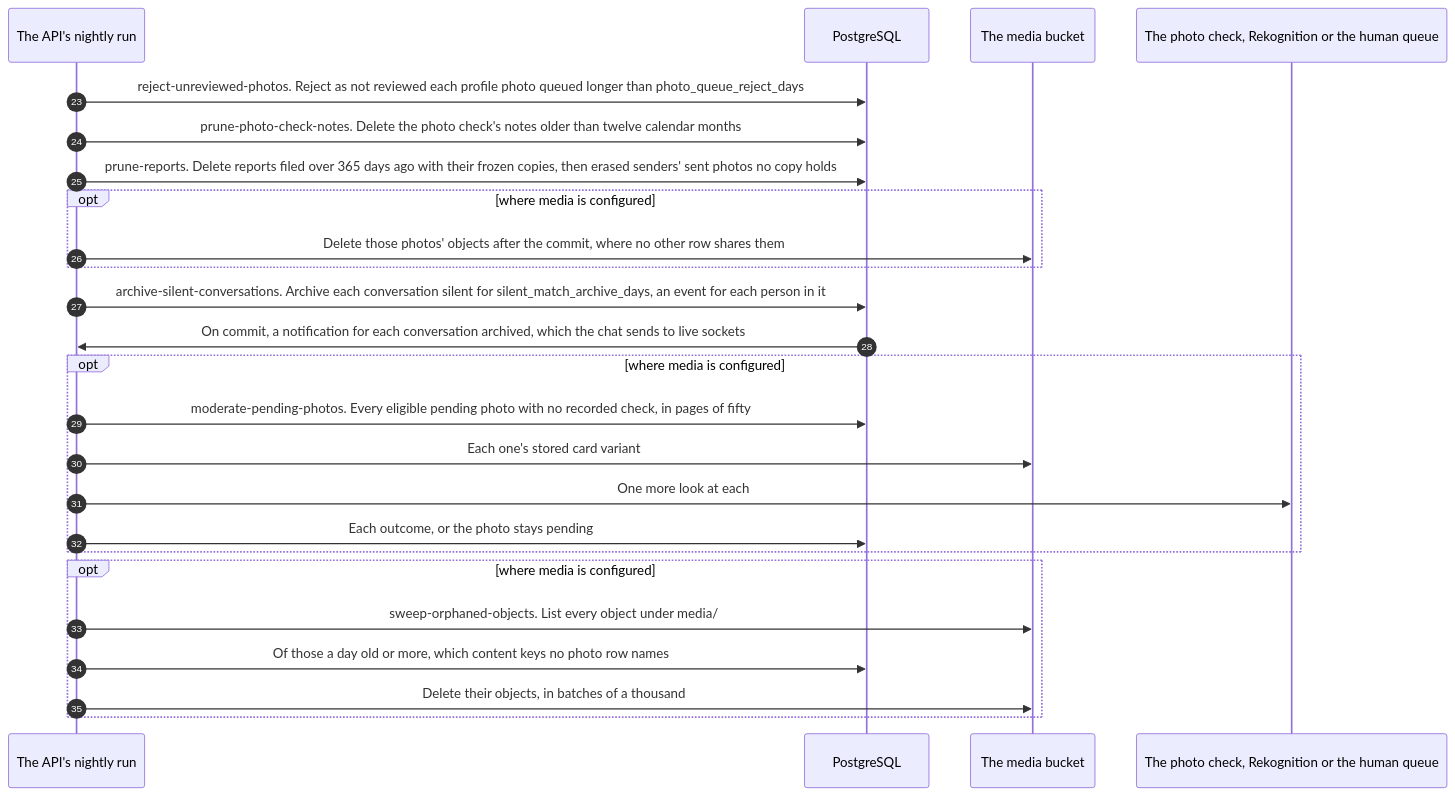
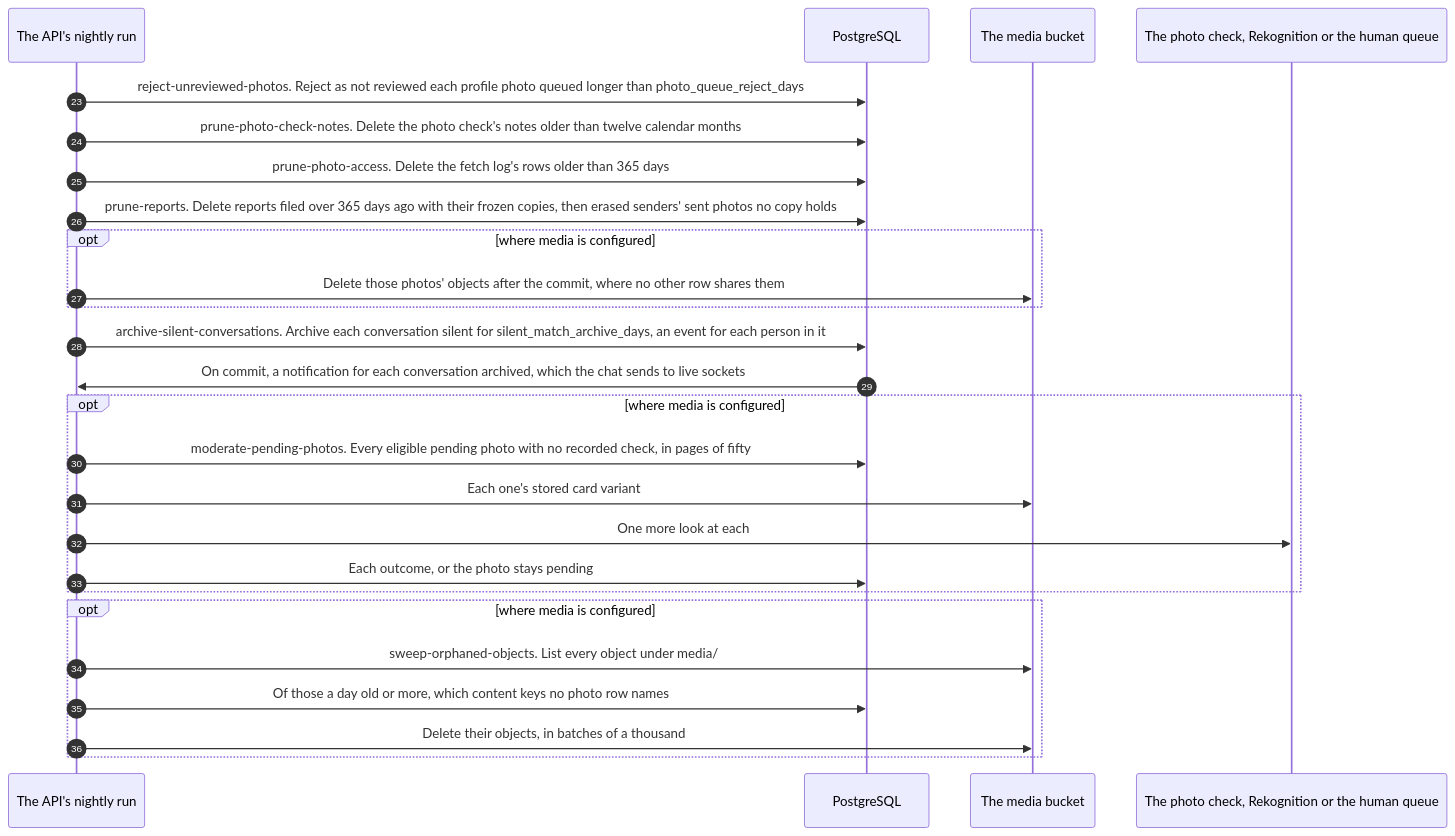
Before and after one commit to kuutti-ry/kumpa-app: the fourth of 4 diagrams in docs/architecture/sequence-night.md, drawn with Mermaid. The commit also changed other lines of this file and 21 other files, not shown here.

First line of the commit message:
Keep the photo-link log a year, then prune it (#694)

````diff
--- a/docs/architecture/sequence-night.md
+++ b/docs/architecture/sequence-night.md
@@ -134,29 +135,30 @@
 ```mermaid
 sequenceDiagram
   accTitle: The night's jobs, part 4: photos, reports and silent conversations
-  accDescr: Profile photos nobody decided in time are rejected as not reviewed. Last, the sweep deletes the objects under media/ that are a day old or more and that no photo row names. The photo check's notes and the reports past twelve months are deleted, and with the reports the sent photos of erased people that no copy holds any more, objects included. Silent conversations are archived, and the chat tells the open sockets. Where media is configured, photos the automatic check missed get one more look.
+  accDescr: Profile photos nobody decided in time are rejected as not reviewed. Last, the sweep deletes the objects under media/ that are a day old or more and that no photo row names. The photo check's notes, the fetch log's rows past a year and the reports past twelve months are deleted, and with the reports the sent photos of erased people that no copy holds any more, objects included. Silent conversations are archived, and the chat tells the open sockets. Where media is configured, photos the automatic check missed get one more look.
   autonumber 23
   participant api as The API's nightly run
   participant db as PostgreSQL
   participant bucket as The media bucket
   participant check as The photo check, Rekognition or the human queue
   api->>db: reject-unreviewed-photos. Reject as not reviewed each profile photo queued longer than photo_queue_reject_days
   api->>db: prune-photo-check-notes. Delete the photo check's notes older than twelve calendar months
+  api->>db: prune-photo-access. Delete the fetch log's rows older than 365 days
   api->>db: prune-reports. Delete reports filed over 365 days ago with their frozen copies, then erased senders' sent photos no copy holds
   opt where media is configured
     api->>bucket: Delete those photos' objects after the commit, where no other row shares them
   end
   api->>db: archive-silent-conversations. Archive each conversation silent for silent_match_archive_days, an event for each person in it
   db->>api: On commit, a notification for each conversation archived, which the chat sends to live sockets
   opt where media is configured
     api->>db: moderate-pending-photos. Every eligible pending photo with no recorded check, in pages of fifty
     api->>bucket: Each one's stored card variant
     api->>check: One more look at each
     api->>db: Each outcome, or the photo stays pending
   end
   opt where media is configured
     api->>bucket: sweep-orphaned-objects. List every object under media/
     api->>db: Of those a day old or more, which content keys no photo row names
     api->>bucket: Delete their objects, in batches of a thousand
   end
 ```
````
